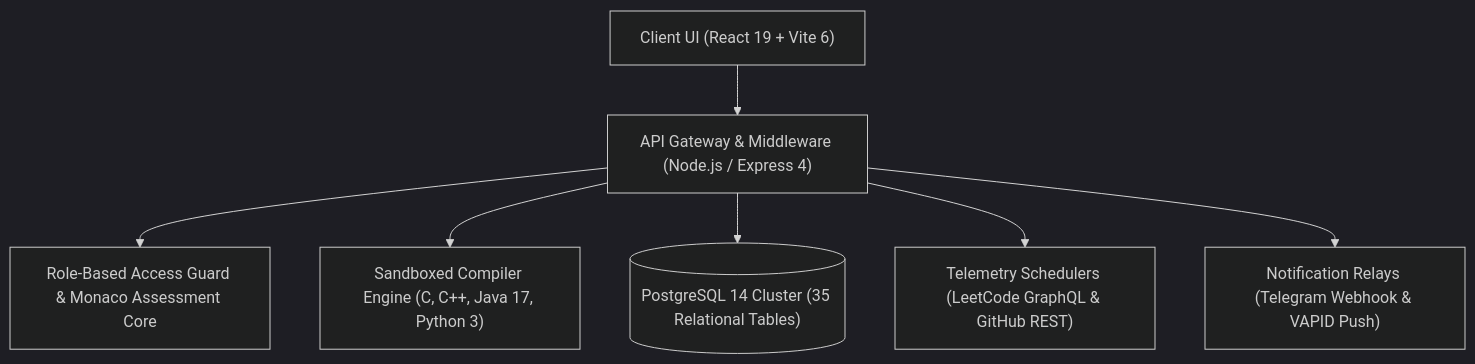
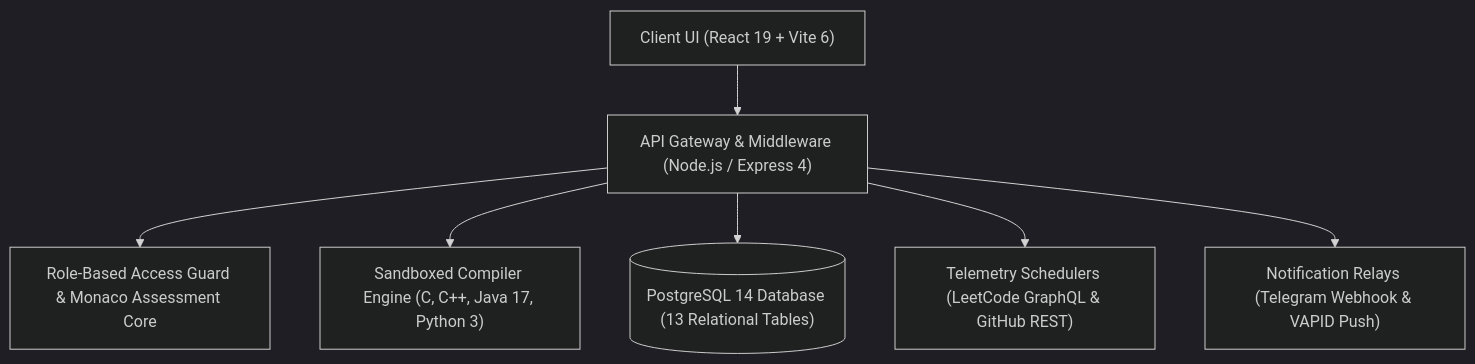
Before and after one commit to TK4743/taskmanager: the first of 2 diagrams in README.md, drawn with Mermaid (dark theme). The commit also changed other lines of this file, not shown here.

Commit message:
docs: remove fake metrics (35 tables, sub-0.01ms) and departmental sections references

````diff
--- a/README.md
+++ b/README.md
@@ -58,9 +58,9 @@
 ```mermaid
 graph TD
     Client["Client UI (React 19 + Vite 6)"] --> Gateway["API Gateway & Middleware (Node.js / Express 4)"]
     Gateway --> RBAC["Role-Based Access Guard & Monaco Assessment Core"]
     Gateway --> Sandbox["Sandboxed Compiler Engine (C, C++, Java 17, Python 3)"]
-    Gateway --> DB[("PostgreSQL 14 Cluster (35 Relational Tables)")]
+    Gateway --> DB[("PostgreSQL 14 Database (13 Relational Tables)")]
     Gateway --> Daemons["Telemetry Schedulers (LeetCode GraphQL & GitHub REST)"]
     Gateway --> Alerts["Notification Relays (Telegram Webhook & VAPID Push)"]
 ```
````
